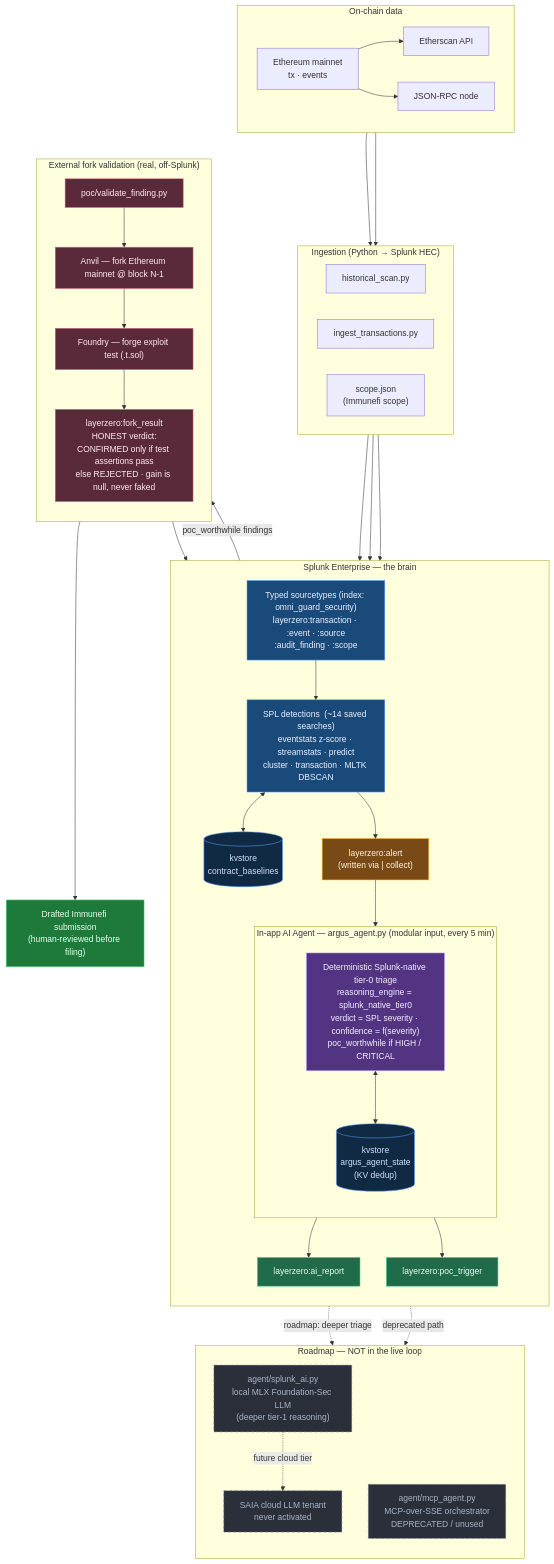
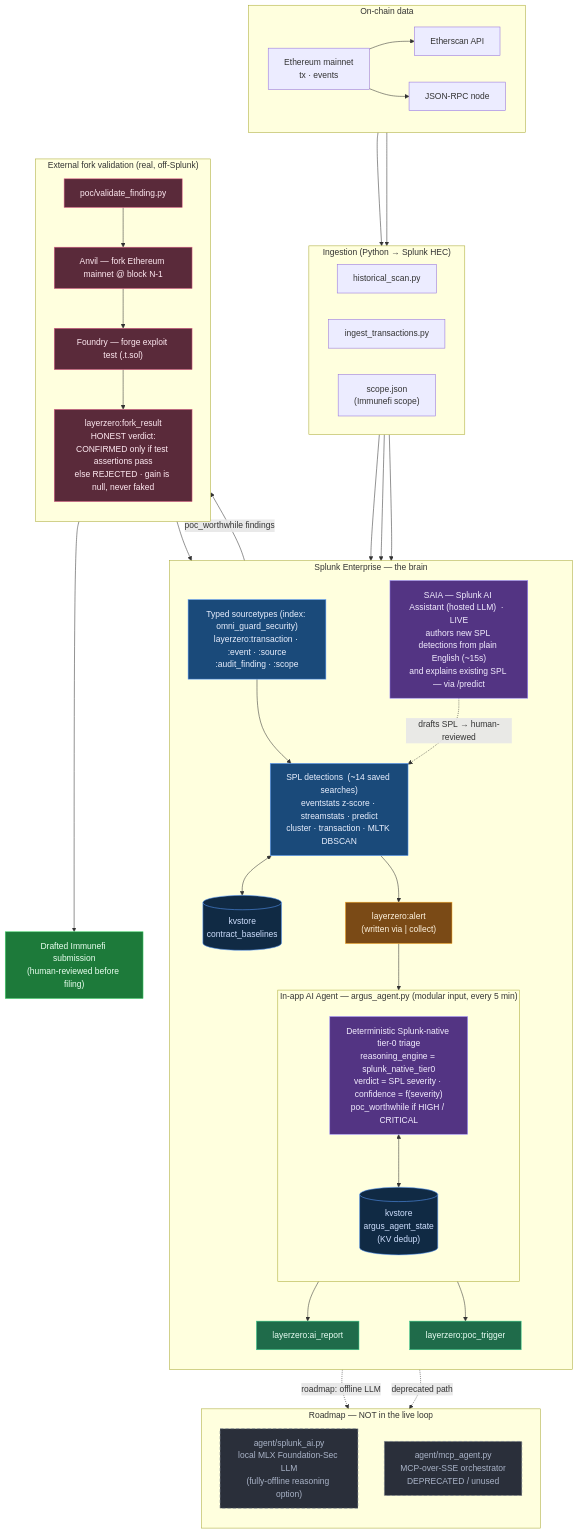
One commit to Alexander-Sorrell-IT/argus changed the first of 2 diagrams in ARCHITECTURE.md. Above: the diagram before and after it, drawn with Mermaid. The commit also changed other lines of this file and 13 other files, not shown here.

````diff
--- a/ARCHITECTURE.md
+++ b/ARCHITECTURE.md
@@ -45,6 +48,7 @@
       KVS[("kvstore<br/>argus_agent_state<br/>(KV dedup)")]
     end
 
+    SAIA["SAIA — Splunk AI Assistant (hosted LLM)  ·  LIVE<br/>authors new SPL detections from plain English (~15s)<br/>and explains existing SPL — via /predict"]
     REPORT["layerzero:ai_report"]
     TRIG["layerzero:poc_trigger"]
 
@@ -55,6 +59,7 @@
     AG <--> KVS
     AG --> REPORT
     AG --> TRIG
+    SAIA -.->|"drafts SPL → human-reviewed"| DET
   end
 
   subgraph FORK["External fork validation  (real, off-Splunk)"]
@@ -70,9 +75,8 @@
 
   subgraph ROADMAP["Roadmap  —  NOT in the live loop"]
     direction TB
-    LLM["agent/splunk_ai.py<br/>local MLX Foundation-Sec LLM<br/>(deeper tier-1 reasoning)"]
+    LLM["agent/splunk_ai.py<br/>local MLX Foundation-Sec LLM<br/>(fully-offline reasoning option)"]
     MCP["agent/mcp_agent.py<br/>MCP-over-SSE orchestrator<br/>DEPRECATED / unused"]
-    SAIA["SAIA cloud LLM tenant<br/>never activated"]
   end
 
   ESCAN --> ING1
@@ -85,9 +89,8 @@
   TRIG -->|"poc_worthwhile findings"| VAL
   FRES --> SUBMIT
 
-  AG -.->|"roadmap: deeper triage"| LLM
+  AG -.->|"roadmap: offline LLM"| LLM
   AG -.->|"deprecated path"| MCP
-  LLM -.->|"future cloud tier"| SAIA
 
   classDef detect fill:#1a4a7a,stroke:#5b9dff,color:#eaf0ff;
   classDef alertnode fill:#7a4a16,stroke:#f6a623,color:#fff4e0;
@@ -105,5 +108,6 @@
   class REPORT,TRIG outnode;
   class VAL,ANVIL,FORGE,FRES forknode;
   class SUBMIT submit;
-  class LLM,MCP,SAIA roadmap;
+  class SAIA agentnode;
+  class LLM,MCP roadmap;
 ```
````
